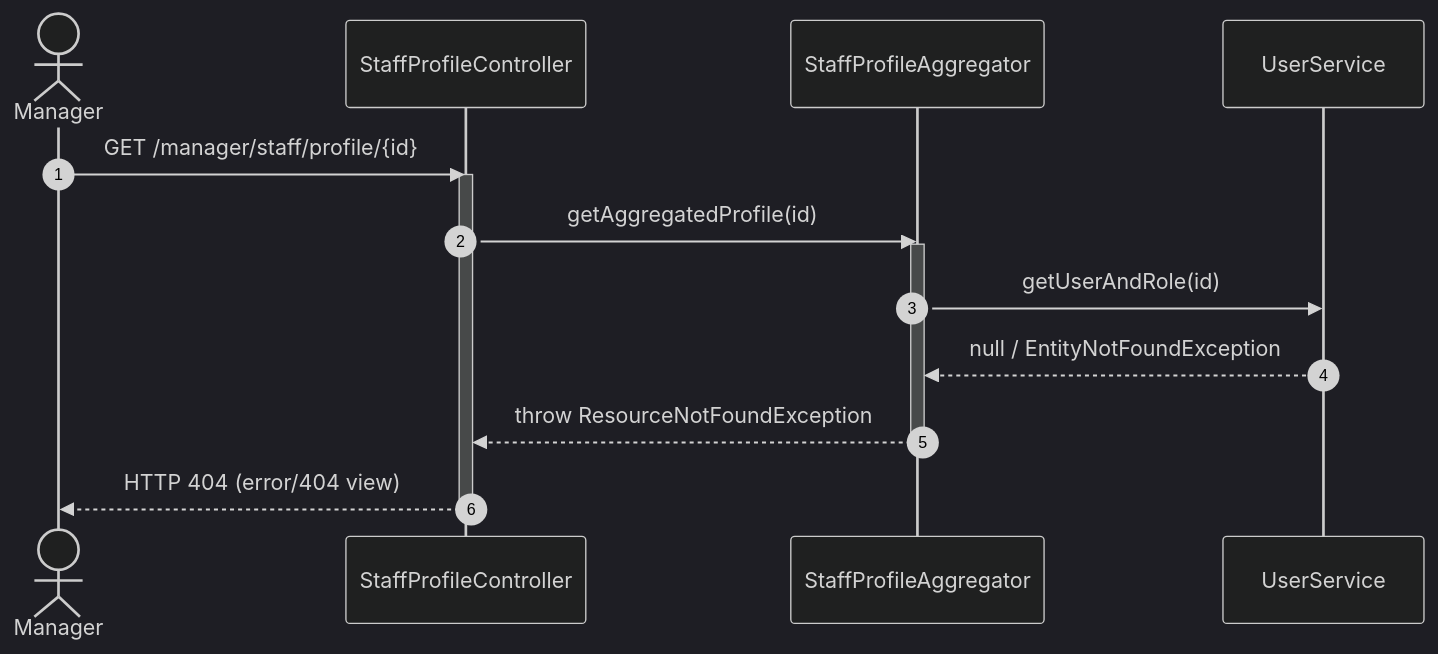
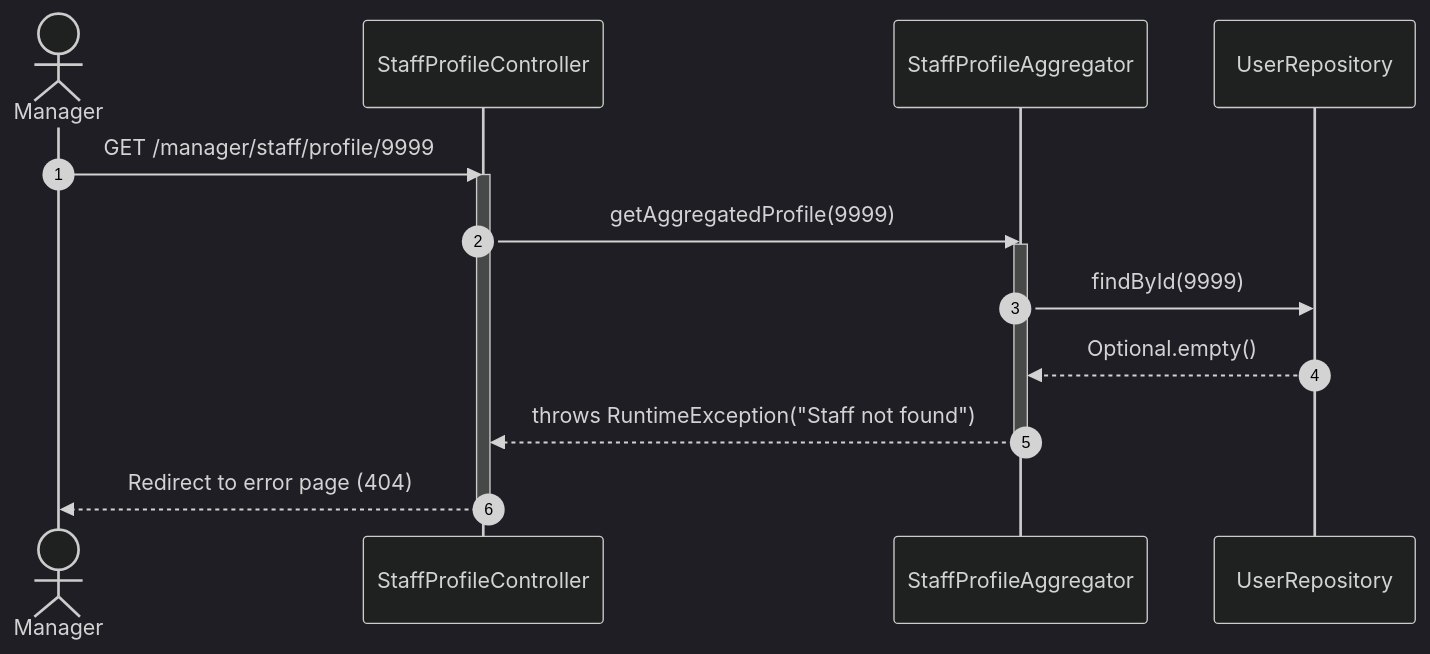
Before and after one commit to danhdac36/xoai-aura-retreat: the third of 3 diagrams in 04_Implement/Module5/UC33/EDS_UC33_StaffProfileDetails.md, drawn with Mermaid (dark theme). The commit also changed other lines of this file and 3 other files, not shown here.

````diff
--- a/04_Implement/Module5/UC33/EDS_UC33_StaffProfileDetails.md
+++ b/04_Implement/Module5/UC33/EDS_UC33_StaffProfileDetails.md
@@ -266,22 +293,19 @@
 ```mermaid
 sequenceDiagram
     autonumber
     actor Manager
     participant Ctrl as StaffProfileController
     participant Agg as StaffProfileAggregator
-    participant USvc as UserService
-    
-    Manager->>Ctrl: GET /manager/staff/profile/{id}
+    participant URepo as UserRepository
+
+    Manager->>Ctrl: GET /manager/staff/profile/9999
     activate Ctrl
-    Ctrl->>Agg: getAggregatedProfile(id)
+    Ctrl->>Agg: getAggregatedProfile(9999)
     activate Agg
-    
-    Agg->>USvc: getUserAndRole(id)
-    USvc-->>Agg: null / EntityNotFoundException
-    
-    Agg-->>Ctrl: throw ResourceNotFoundException
+    Agg->>URepo: findById(9999)
+    URepo-->>Agg: Optional.empty()
+    Agg-->>Ctrl: throws RuntimeException("Staff not found")
     deactivate Agg
-    
-    Ctrl-->>Manager: HTTP 404 (error/404 view)
+    Ctrl-->>Manager: Redirect to error page (404)
     deactivate Ctrl
 ```
````
